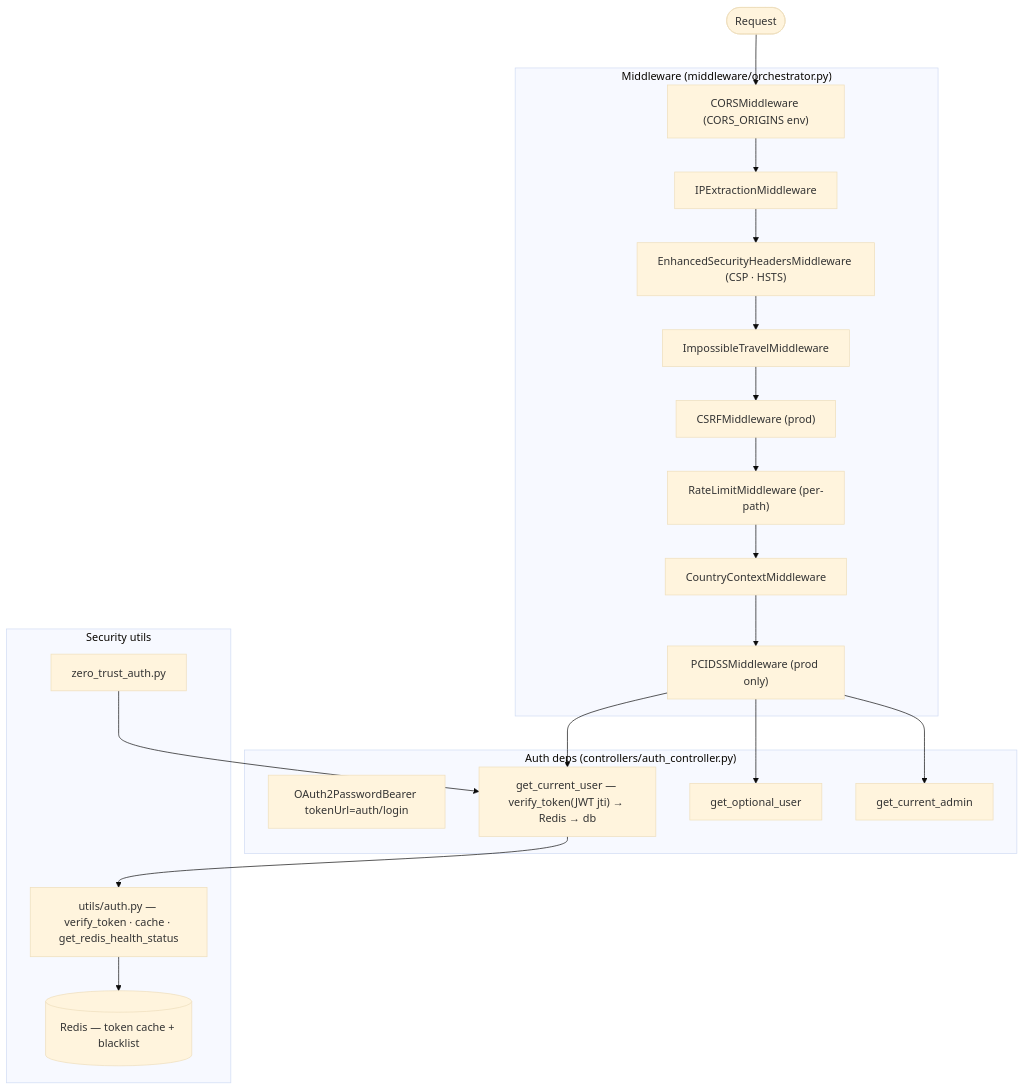
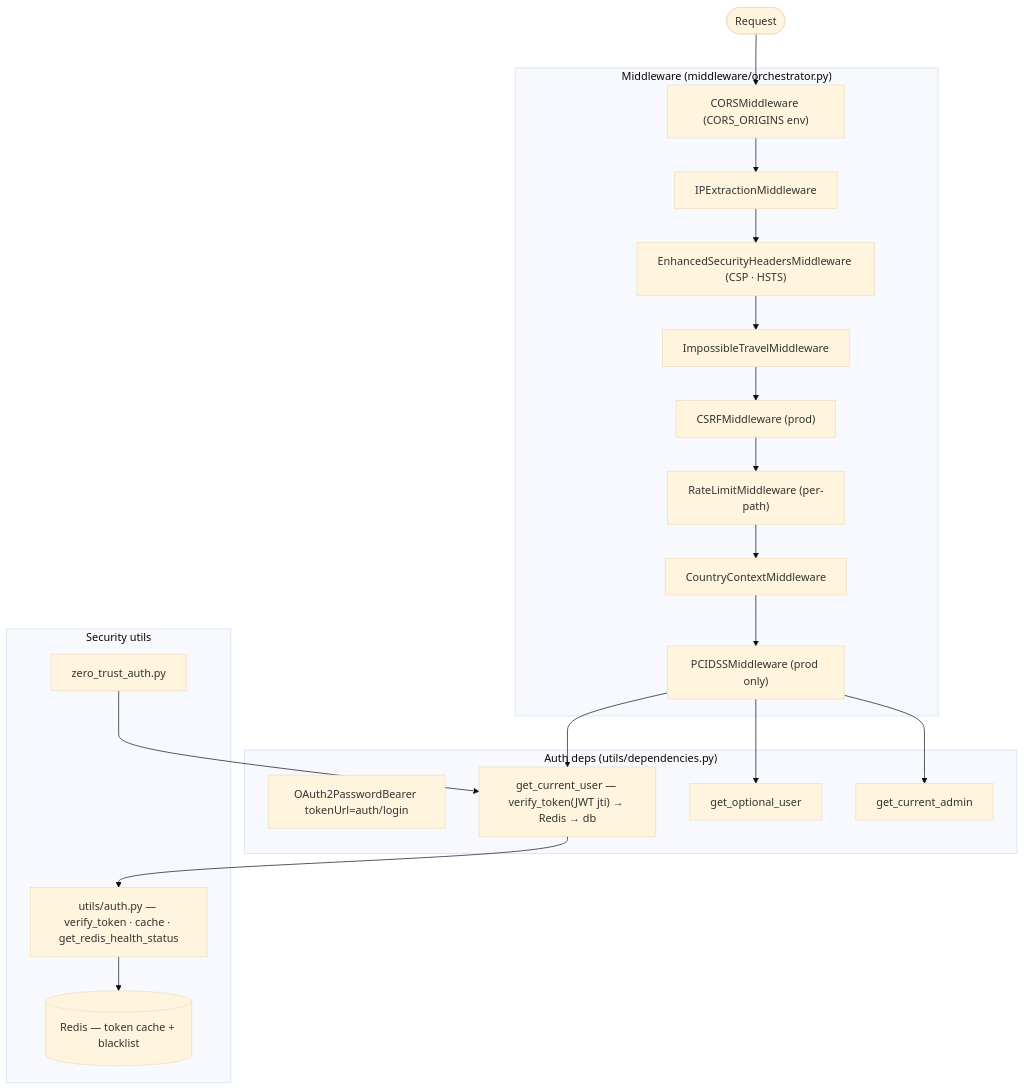
Before and after one commit to Makfuncky/zozi: the fourth of 7 diagrams in ARCHITECTURE_DIAGRAM.md, drawn with Mermaid (base theme). The commit also changed other lines of this file and 2568 other files, not shown here.

````diff
--- a/ARCHITECTURE_DIAGRAM.md
+++ b/ARCHITECTURE_DIAGRAM.md
@@ -221,33 +227,33 @@
 ```mermaid
     flowchart TD
         Client([Request])
 
         subgraph MW["Middleware (middleware/orchestrator.py)"]
             CORS["CORSMiddleware (CORS_ORIGINS env)"]
             IP["IPExtractionMiddleware"]
             SH["EnhancedSecurityHeadersMiddleware (CSP · HSTS)"]
             IT["ImpossibleTravelMiddleware"]
             CSRF["CSRFMiddleware (prod)"]
             RL["RateLimitMiddleware (per-path)"]
             CC["CountryContextMiddleware"]
             PCI["PCIDSSMiddleware (prod only)"]
         end
 
-        subgraph AUTH["Auth deps (controllers/auth_controller.py)"]
+        subgraph AUTH["Auth deps (utils/dependencies.py)"]
             SCHEME["OAuth2PasswordBearer tokenUrl=auth/login"]
             GU["get_current_user — verify_token(JWT jti) → Redis → db"]
             GOU["get_optional_user"]
             GA["get_current_admin"]
         end
 
         subgraph SECUTILS["Security utils"]
             TOK["utils/auth.py — verify_token · cache · get_redis_health_status"]
             RED[(Redis — token cache + blacklist)]
             ZT["zero_trust_auth.py"]
         end
 
         Client --> CORS --> IP --> SH --> IT --> CSRF --> RL --> CC --> PCI
         PCI --> GU & GOU & GA
         GU --> TOK --> RED
         ZT --> GU
 ```
````
